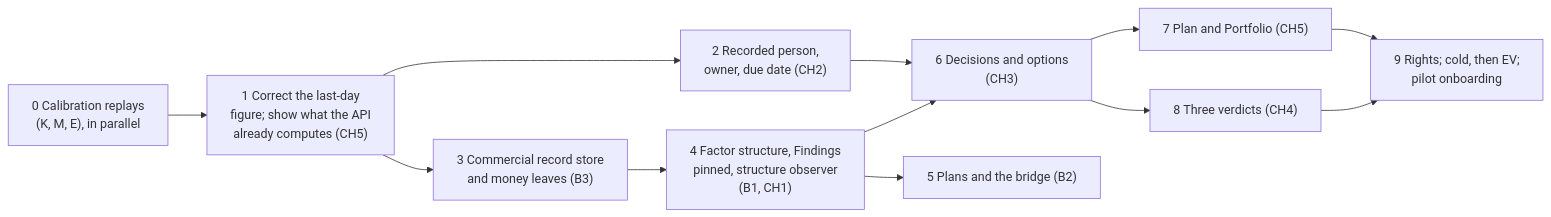
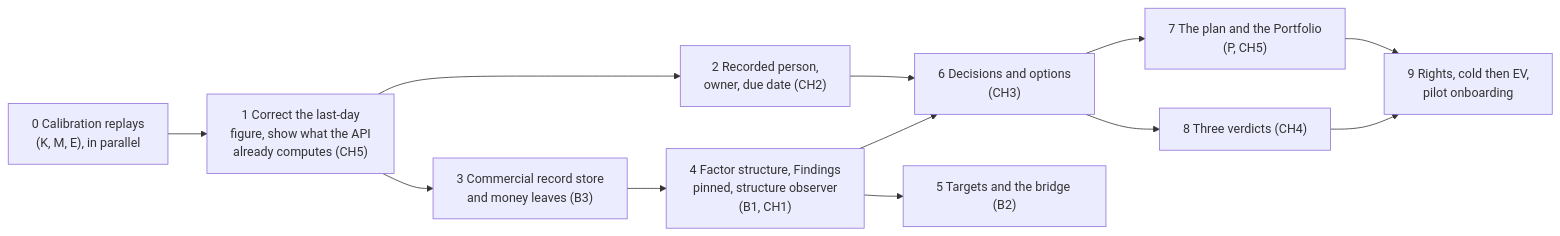
Before and after one commit to bineyame/AssetOpsV1: diagram 11 of 11 in Docs/demo-sprint/product-direction-layer4/layer4-transformation-design.md, drawn with Mermaid. The commit also changed other lines of this file and 5 other files, not shown here.

First line of the commit message:
Layer 4 design rev 16.2: review C fixes, owner decisions on the plan, trim

````diff
--- a/Docs/demo-sprint/product-direction-layer4/layer4-transformation-design.md
+++ b/Docs/demo-sprint/product-direction-layer4/layer4-transformation-design.md
@@ -622,12 +575,12 @@
 ```mermaid
 flowchart LR
-  S0["0 Calibration replays<br/>(K, M, E), in parallel"] --> S1["1 Correct the last-day<br/>figure; show what the API<br/>already computes (CH5)"]
+  S0["0 Calibration replays<br/>(K, M, E), in parallel"] --> S1["1 Correct the last-day<br/>figure, show what the API<br/>already computes (CH5)"]
   S1 --> S2["2 Recorded person,<br/>owner, due date (CH2)"]
   S1 --> S3["3 Commercial record store<br/>and money leaves (B3)"]
   S2 --> S6
-  S3 --> S4["4 Factor structure, Findings<br/>pinned, structure observer<br/>(B1, CH1)"] --> S5["5 Plans and the bridge (B2)"]
-  S4 --> S6["6 Decisions and options<br/>(CH3)"] --> S7["7 Plan and Portfolio (CH5)"]
+  S3 --> S4["4 Factor structure, Findings<br/>pinned, structure observer<br/>(B1, CH1)"] --> S5["5 Targets and the bridge (B2)"]
+  S4 --> S6["6 Decisions and options<br/>(CH3)"] --> S7["7 The plan and the Portfolio<br/>(P, CH5)"]
   S6 --> S8["8 Three verdicts (CH4)"]
-  S7 --> S9["9 Rights; cold, then EV;<br/>pilot onboarding"]
+  S7 --> S9["9 Rights, cold then EV,<br/>pilot onboarding"]
   S8 --> S9
 ```
````
